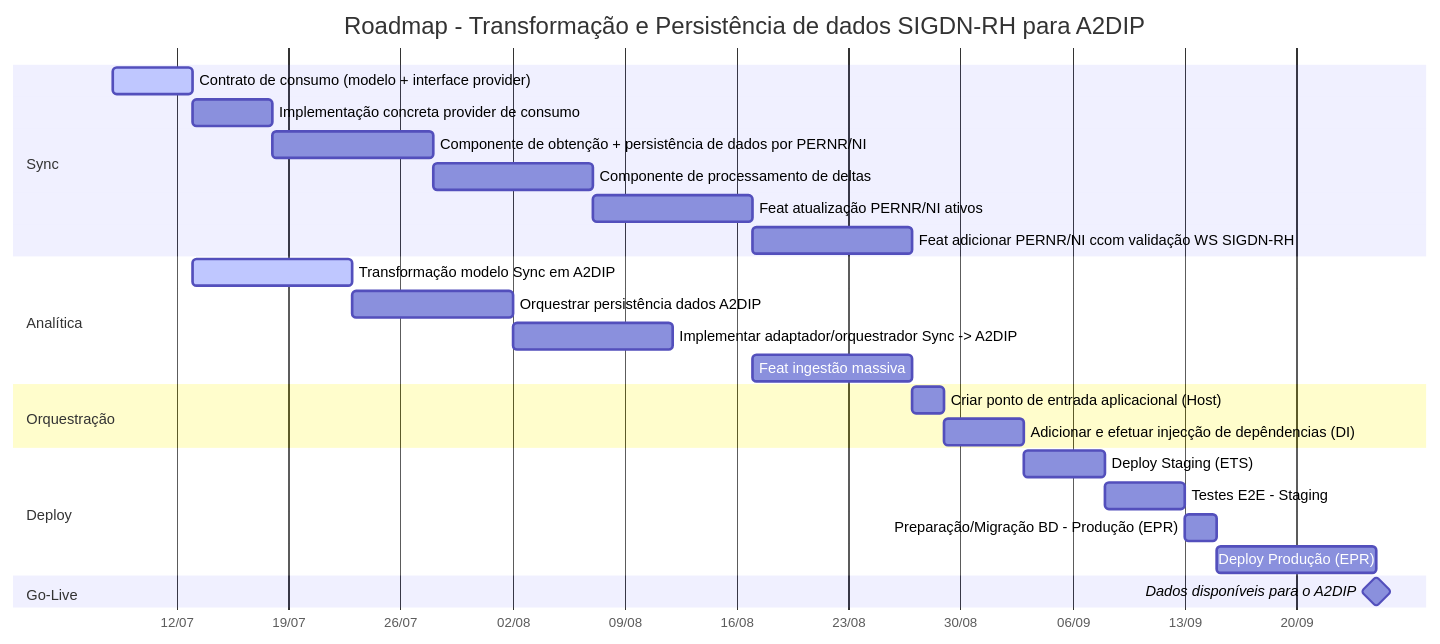
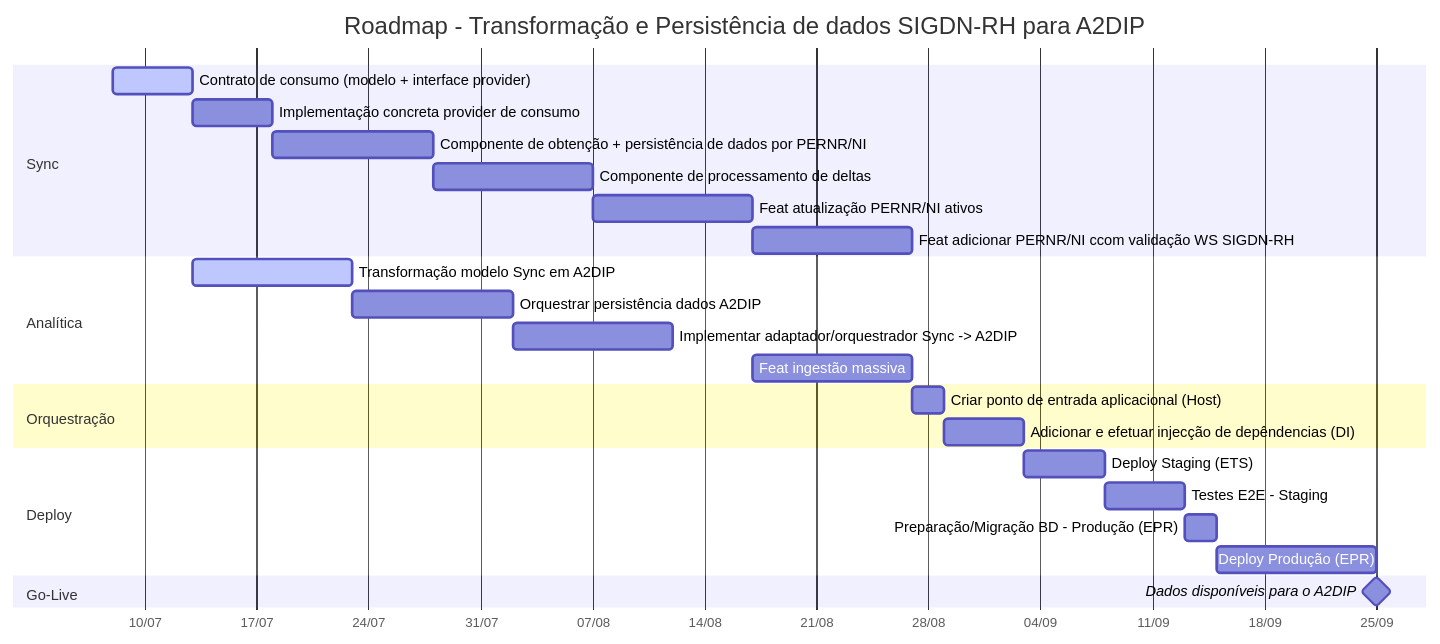
The diagram in README.md (Raimundo82/pessoas-integracao), drawn with Mermaid before and after one commit.

Commit message:
docs: update Gantt chart tick interval and weekday in roadmap

````diff
--- a/README.md
+++ b/README.md
@@ -22,35 +22,37 @@
 ```mermaid
 
 gantt
     title Roadmap - Transformação e Persistência de dados SIGDN-RH para A2DIP
     dateFormat  YYYY-MM-DD
     axisFormat  %d/%m
+    tickInterval 1week
+    weekday friday
     todayMarker on
 
     section Sync
     Contrato de consumo (modelo + interface provider)           :active,  s3, 2026-07-08, 5d
     Implementação concreta provider de consumo                  :         s4, after s3, 5d 
     Componente de obtenção + persistência de dados por PERNR/NI :         s5, after s4, 10d
     Componente de processamento de deltas                       :         s6, after s5, 10d
     Feat atualização PERNR/NI ativos                            :         s7, after s6, 10d
     Feat adicionar PERNR/NI ccom validação WS SIGDN-RH          :         s8, after s7, 10d
 
     section Analítica
     Transformação modelo Sync em A2DIP                          :active,  an3, after s3, 10d
     Orquestrar persistência dados A2DIP                         :         an4, after an3, 10d
     Implementar adaptador/orquestrador Sync -> A2DIP            :         an5, after an4, 10d                                 
     Feat ingestão massiva                                       :         an6, after an5 s7, 10d
 
     section Orquestração
     Criar ponto de entrada aplicacional (Host)                  :         o1, after an6 s8, 2d
     Adicionar e efetuar injecção de depêndencias (DI)           :         o2, after o1, 5d
 
     section Deploy
     Deploy Staging (ETS)                                        :         dep1, after o2, 5d
     Testes E2E - Staging                                        :         e2e1, after dep1, 5d
     Preparação/Migração BD - Produção (EPR)                     :         mig, after e2e1, 2d
     Deploy Produção (EPR)                                       :         dep2, after mig, 10d
 
    section Go-Live
    Dados disponíveis para o A2DIP                              :milestone, m1, after dep2, 0d
 ```
````
